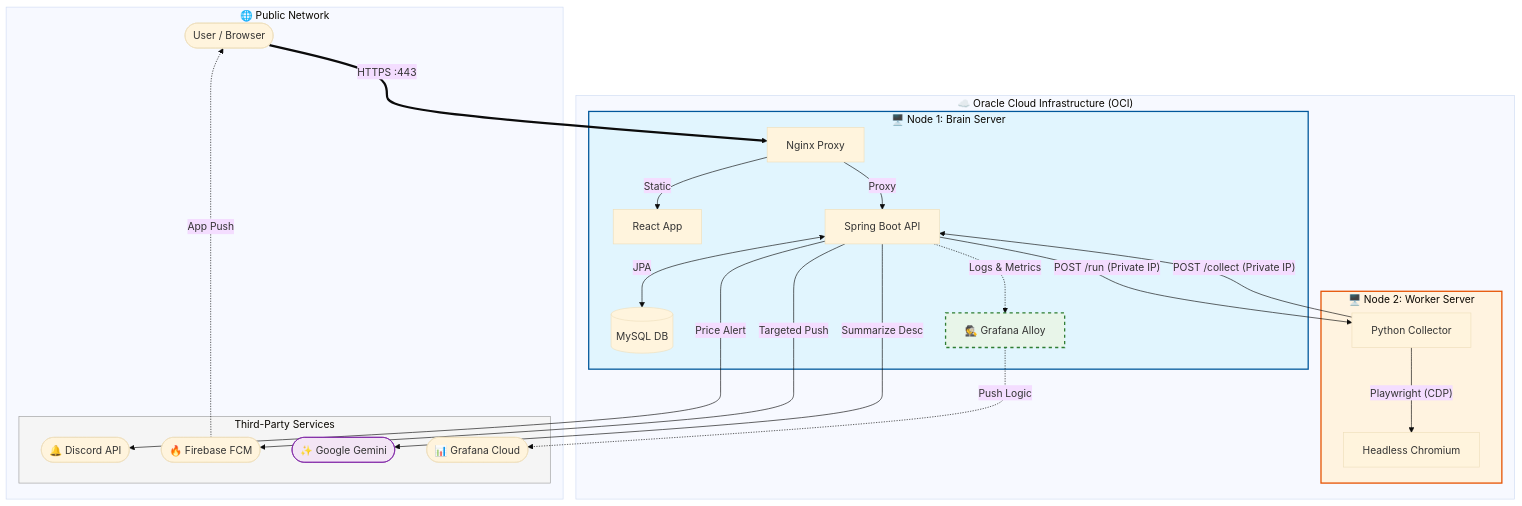
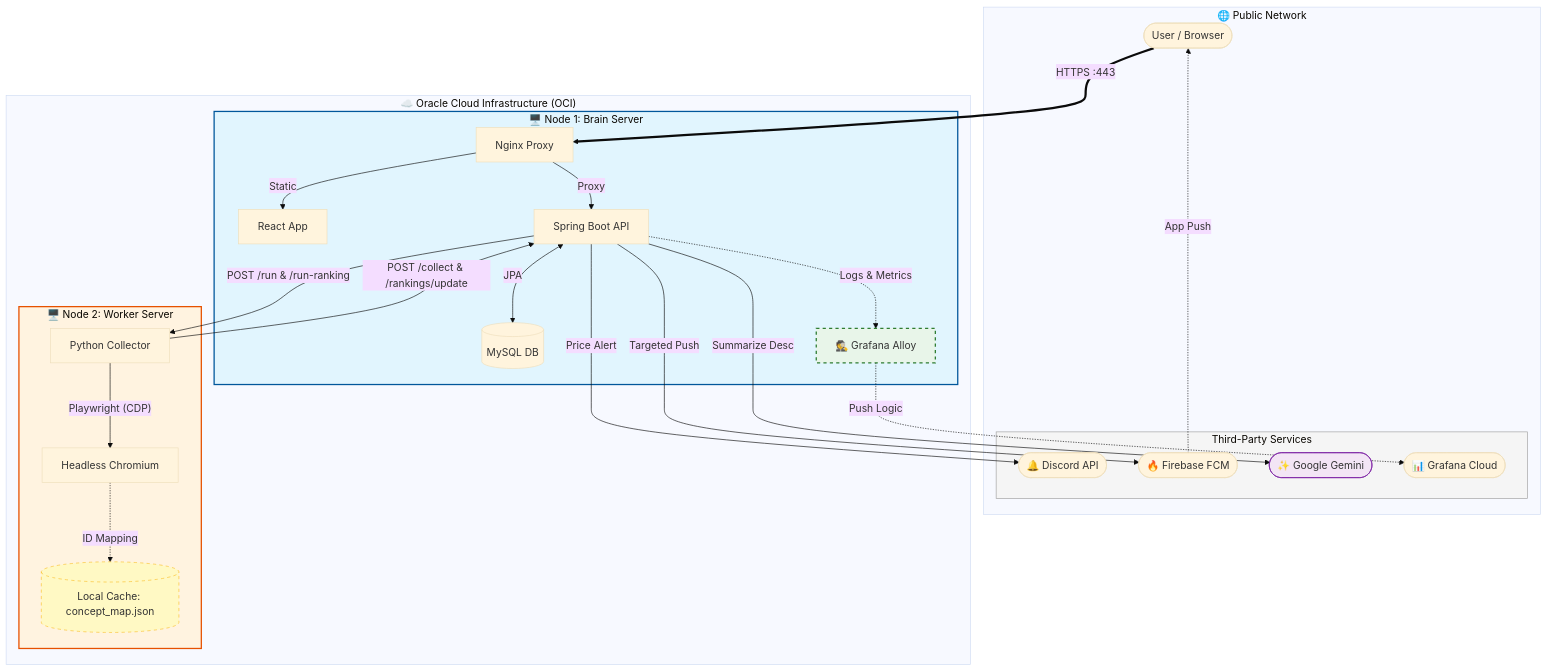
Before and after one commit to ygpark11/backend-lab: the diagram in msa/apps/README.md, drawn with Mermaid (base theme). The commit also changed other lines of this file, not shown here.

````diff
--- a/msa/apps/README.md
+++ b/msa/apps/README.md
@@ -65,63 +65,66 @@
 ```mermaid
 graph TD
     %% --- [External Network] ---
     subgraph Public_Network ["🌐 Public Network"]
         User([User / Browser])
         
         subgraph External_Services ["Third-Party Services"]
             Discord([🔔 Discord API])
             FCM([🔥 Firebase FCM])
             Gemini([✨ Google Gemini])
             Grafana([📊 Grafana Cloud])
         end
     end
 
     %% --- [Oracle Cloud Infrastructure] ---
     subgraph Oracle_Cloud ["☁️ Oracle Cloud Infrastructure (OCI)"]
         
         %% Node 1: Brain (Main Server)
         subgraph Node_1 ["🖥️ Node 1: Brain Server"]
             Nginx[Nginx Proxy]
             Front[React App]
             SB[Spring Boot API]
             MySQL[(MySQL DB)]
             Alloy[🕵️ Grafana Alloy]
         end
 
         %% Node 2: Hand (Worker Server)
         subgraph Node_2 ["🖥️ Node 2: Worker Server"]
             Py[Python Collector]
             Browser[Headless Chromium]
+            Cache[(Local Cache: concept_map.json)]
         end
 
         %% --- [Connections: Inbound] ---
         User ==>|HTTPS :443| Nginx
         Nginx -->|Static| Front
         Nginx -->|Proxy| SB
         
         %% --- [Connections: Internal Logic] ---
         SB <-->|JPA| MySQL
         
         %% Private Network Communication (Brain <-> Hand)
-        SB --"POST /run (Private IP)"--> Py
+        SB --"POST /run & /run-ranking"--> Py
         Py --"Playwright (CDP)"--> Browser
-        Py --"POST /collect (Private IP)"--> SB
+        Browser -.->|ID Mapping| Cache
+        Py --"POST /collect & /rankings/update"--> SB
 
         %% --- [Connections: Outbound / Observability] ---
         SB -.->|Logs & Metrics| Alloy
         Alloy -.->|Push Logic| Grafana
         
         %% --- [Connections: External APIs] ---
         SB --"Price Alert"--> Discord
         SB --"Targeted Push"--> FCM
         SB --"Summarize Desc"--> Gemini
         FCM -.->|App Push| User
     end
 
     %% --- [Styling] ---
     style Node_1 fill:#e1f5fe,stroke:#01579b,stroke-width:2px
     style Node_2 fill:#fff3e0,stroke:#e65100,stroke-width:2px
+    style Cache fill:#fff9c4,stroke:#fbc02d,stroke-width:1px,stroke-dasharray: 5 5
     style Alloy fill:#e8f5e9,stroke:#2e7d32,stroke-width:2px,stroke-dasharray: 5 5
     style External_Services fill:#f5f5f5,stroke:#9e9e9e,stroke-width:1px
     style Gemini fill:#f3e5f5,stroke:#7b1fa2,stroke-width:1px
 ```
````
